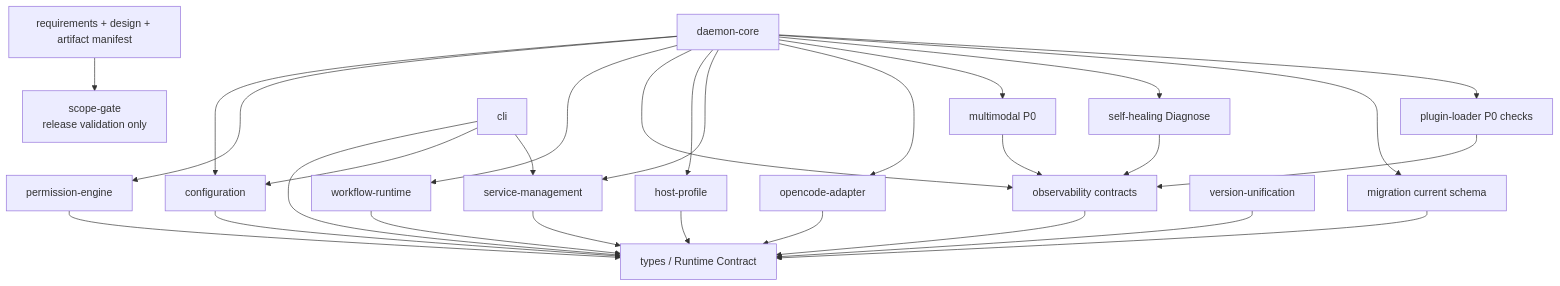
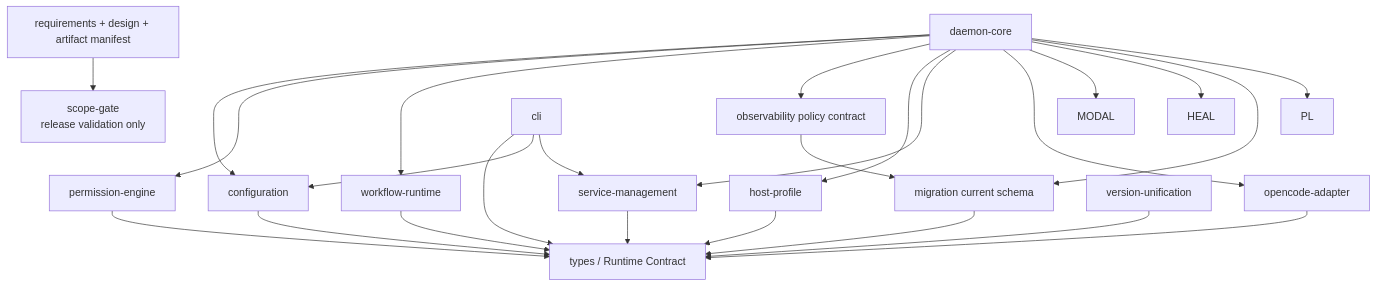
One commit to lyqstart/SpecForge changed the second of 8 diagrams in .kiro/specs/v6-architecture-overview/design.md. Above: the diagram before and after it, drawn with Mermaid. The commit also changed other lines of this file and 49 other files, not shown here.

````diff
--- a/.kiro/specs/v6-architecture-overview/design.md
+++ b/.kiro/specs/v6-architecture-overview/design.md
@@ -139,31 +139,28 @@
 ```mermaid
 flowchart TB
   TYPES["types / Runtime Contract"]
-  OBS["observability contracts"] --> TYPES
+  OBS["observability policy contract"] --> MIG
   CFG["configuration"] --> TYPES
   PERM["permission-engine"] --> TYPES
   WF["workflow-runtime"] --> TYPES
   HOST["host-profile"] --> TYPES
   SERVICE["service-management"] --> TYPES
   OCA["opencode-adapter"] --> TYPES
-  MODAL["multimodal P0"] --> OBS
-  HEAL["self-healing Diagnose"] --> OBS
   MIG["migration current schema"] --> TYPES
-  PL["plugin-loader P0 checks"] --> OBS
   DAEMON["daemon-core"] --> CFG
   DAEMON --> PERM
   DAEMON --> WF
   DAEMON --> OBS
   DAEMON --> HOST
   DAEMON --> SERVICE
   DAEMON --> OCA
   DAEMON --> MODAL
   DAEMON --> HEAL
   DAEMON --> MIG
   DAEMON --> PL
   CLI["cli"] --> TYPES
   CLI --> CFG
   CLI --> SERVICE
   VERSION["version-unification"] --> TYPES
   REL["requirements + design + artifact manifest"] --> SCOPE["scope-gate\nrelease validation only"]
 ```
````
